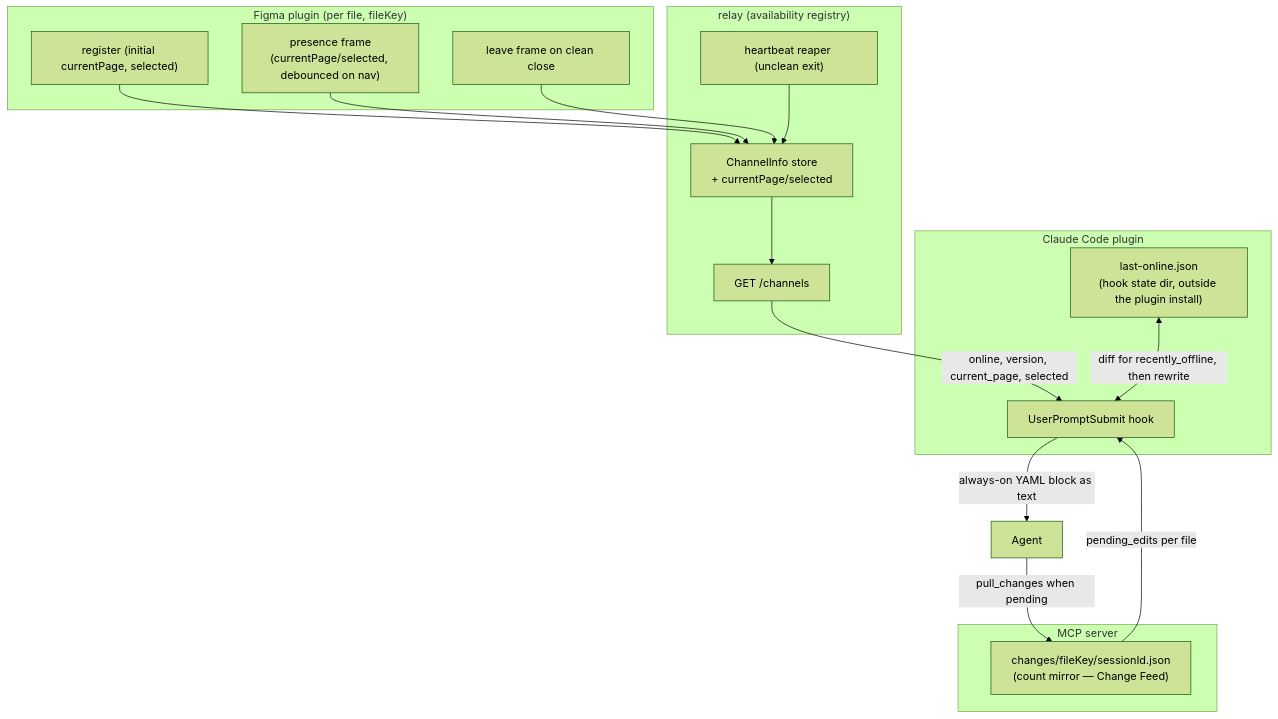
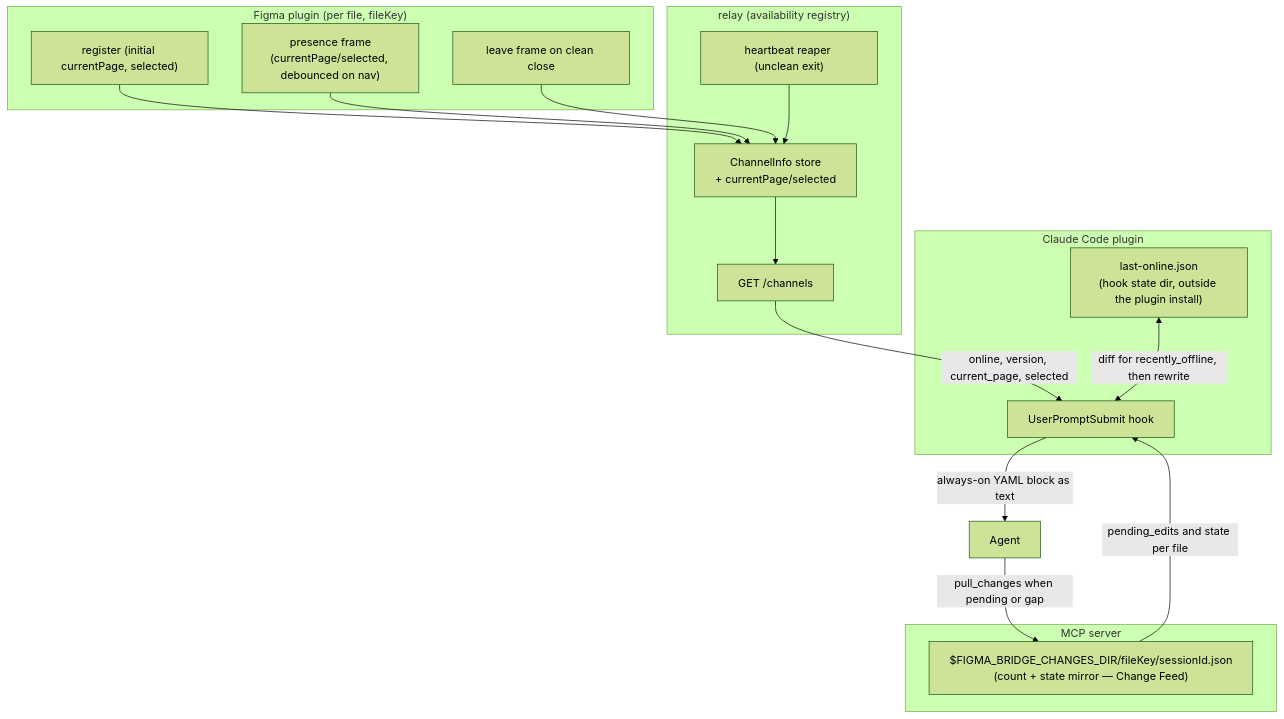
Before and after one commit to yleilu/figma-agent-bridge: the diagram in docs/specs/plugin-presence.md, drawn with Mermaid (forest theme). The commit also changed other lines of this file and 8 other files, not shown here.

````diff
--- a/docs/specs/plugin-presence.md
+++ b/docs/specs/plugin-presence.md
@@ -259,30 +320,30 @@
 ```mermaid
 flowchart TB
     subgraph Plugin["Figma plugin (per file, fileKey)"]
         RG["register (initial currentPage, selected)"]
         PR["presence frame\n(currentPage/selected, debounced on nav)"]
         LV["leave frame on clean close"]
     end
     subgraph Relay["relay (availability registry)"]
         REG["ChannelInfo store\n+ currentPage/selected"]
         HB["heartbeat reaper (unclean exit)"]
         CH["GET /channels"]
     end
     subgraph Server["MCP server"]
-        CF["changes/fileKey/sessionId.json\n(count mirror — Change Feed)"]
+        CF["$FIGMA_BRIDGE_CHANGES_DIR/fileKey/sessionId.json\n(count + state mirror — Change Feed)"]
     end
     subgraph CC["Claude Code plugin"]
         HK["UserPromptSubmit hook"]
         LO["last-online.json\n(hook state dir, outside the plugin install)"]
     end
     RG --> REG
     PR --> REG
     LV --> REG
     HB --> REG
     REG --> CH
     CH -->|online, version, current_page, selected| HK
-    CF -->|pending_edits per file| HK
+    CF -->|pending_edits and state per file| HK
     LO <-->|diff for recently_offline, then rewrite| HK
     HK -->|always-on YAML block as text| Agent
-    Agent -->|pull_changes when pending| CF
+    Agent -->|pull_changes when pending or gap| CF
 ```
````
